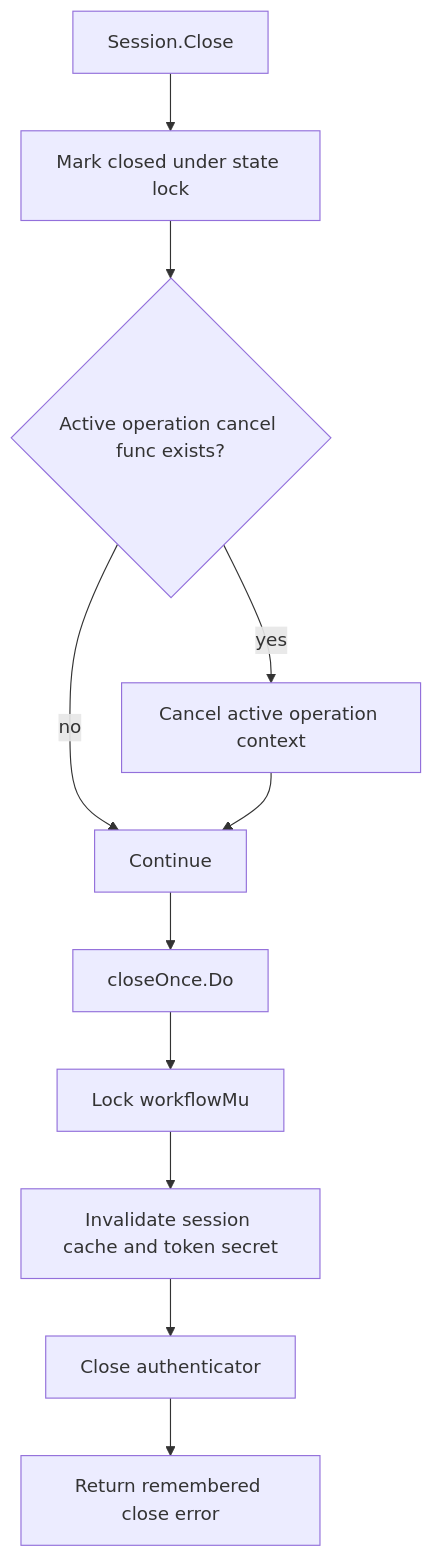
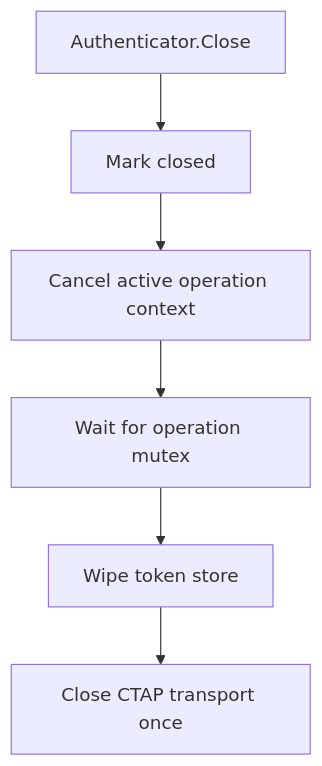
One commit to go-ctap/kit changed the third of 4 diagrams in docs/current-runtime-flows.md. Above: the diagram before and after it, drawn with Mermaid. The commit also changed other lines of this file and 75 other files, not shown here.

Commit message:
refactor: remove `internal/session` package, consolidate logic into `workflow`; improve test structure and remove redundant tests

````diff
--- a/docs/current-runtime-flows.md
+++ b/docs/current-runtime-flows.md
@@ -109,13 +98,8 @@
 ```mermaid
 flowchart TD
-  A["Session.Close"] --> B["Mark closed under state lock"]
-  B --> C{"Active operation cancel func exists?"}
-  C -->|yes| D["Cancel active operation context"]
-  C -->|no| E["Continue"]
-  D --> E
-  E --> F["closeOnce.Do"]
-  F --> G["Lock workflowMu"]
-  G --> H["Invalidate session cache and token secret"]
-  H --> I["Close authenticator"]
-  I --> K["Return remembered close error"]
+  A["Authenticator.Close"] --> B["Mark closed"]
+  B --> C["Cancel active operation context"]
+  C --> D["Wait for operation mutex"]
+  D --> E["Wipe token store"]
+  E --> F["Close CTAP transport once"]
 ```
````
